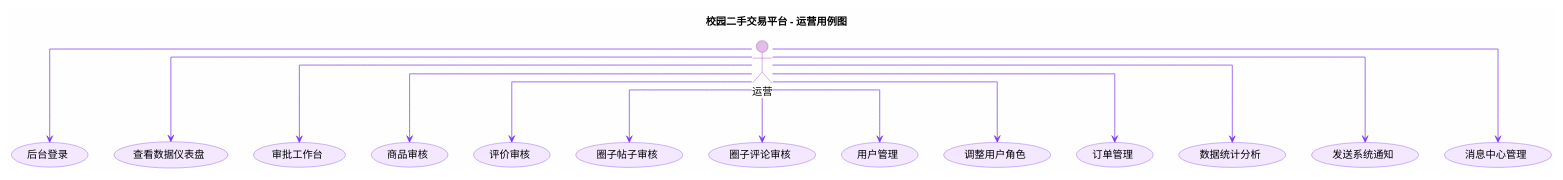
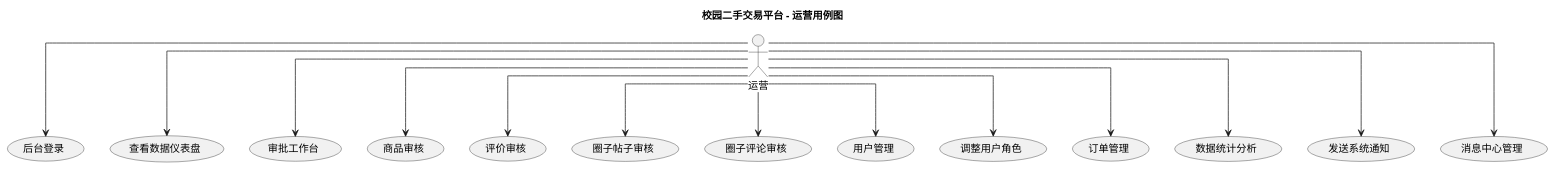
Before and after one commit to RYELOBE/hmapp01: the diagram in docs/usecase-operator.puml, drawn with PlantUML. The commit also changed 2 other files, not shown here.

```diff
--- a/docs/usecase-operator.puml
+++ b/docs/usecase-operator.puml
@@ -1,48 +1,39 @@
 @startuml
-skinparam backgroundColor #FEFEFE
+skinparam backgroundColor #FFFFFF
 skinparam shadowing false
-skinparam roundcorner 10
+skinparam roundcorner 8
 skinparam linetype ortho
-skinparam usecase {
-  BackgroundColor #F3E8FF
-  BorderColor #7C3AED
-  ArrowColor #7C3AED
-}
-skinparam actor {
-  BackgroundColor #E1BEE7
-  BorderColor #9C27B0
-}
 
 title 校园二手交易平台 - 运营用例图
 
 actor "运营" as operator
 
 usecase "后台登录" as UC1
 usecase "查看数据仪表盘" as UC2
 usecase "审批工作台" as UC3
 usecase "商品审核" as UC4
 usecase "评价审核" as UC5
 usecase "圈子帖子审核" as UC6
 usecase "圈子评论审核" as UC7
 usecase "用户管理" as UC8
 usecase "调整用户角色" as UC9
 usecase "订单管理" as UC10
 usecase "数据统计分析" as UC11
 usecase "发送系统通知" as UC12
 usecase "消息中心管理" as UC13
 
 operator --> UC1
 operator --> UC2
 operator --> UC3
 operator --> UC4
 operator --> UC5
 operator --> UC6
 operator --> UC7
 operator --> UC8
 operator --> UC9
 operator --> UC10
 operator --> UC11
 operator --> UC12
 operator --> UC13
 
 @enduml
```
